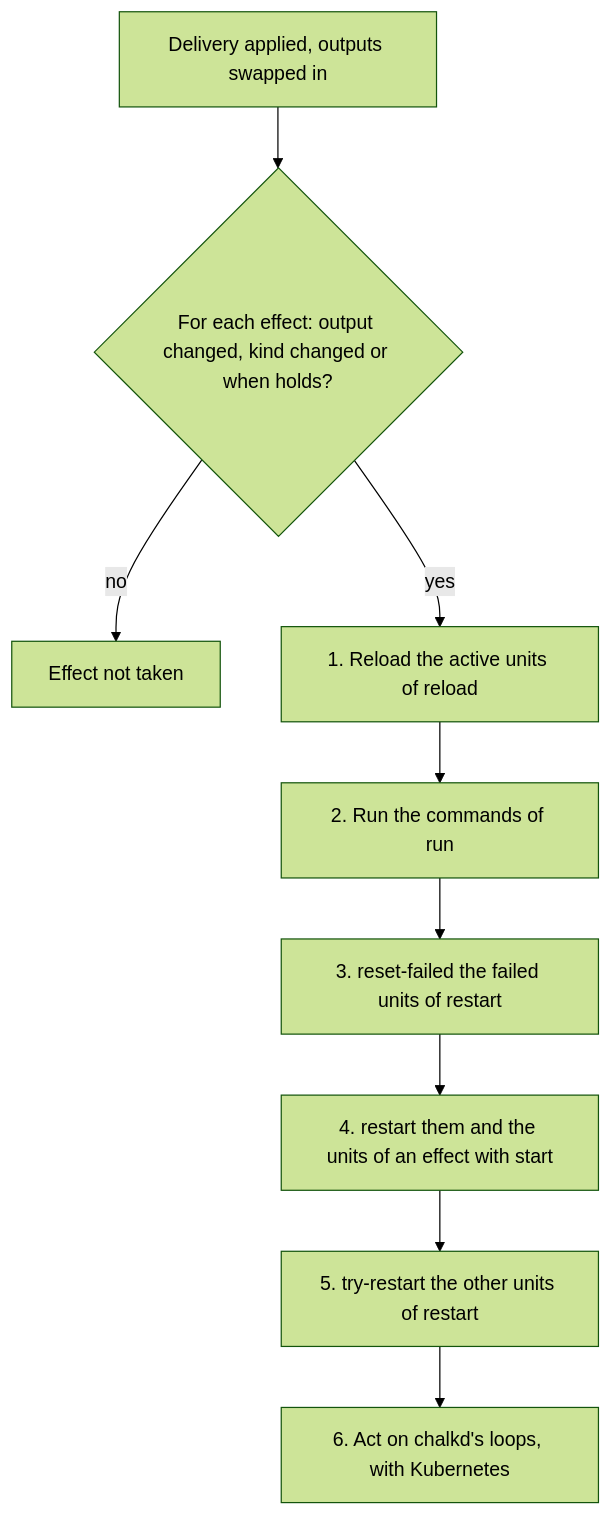
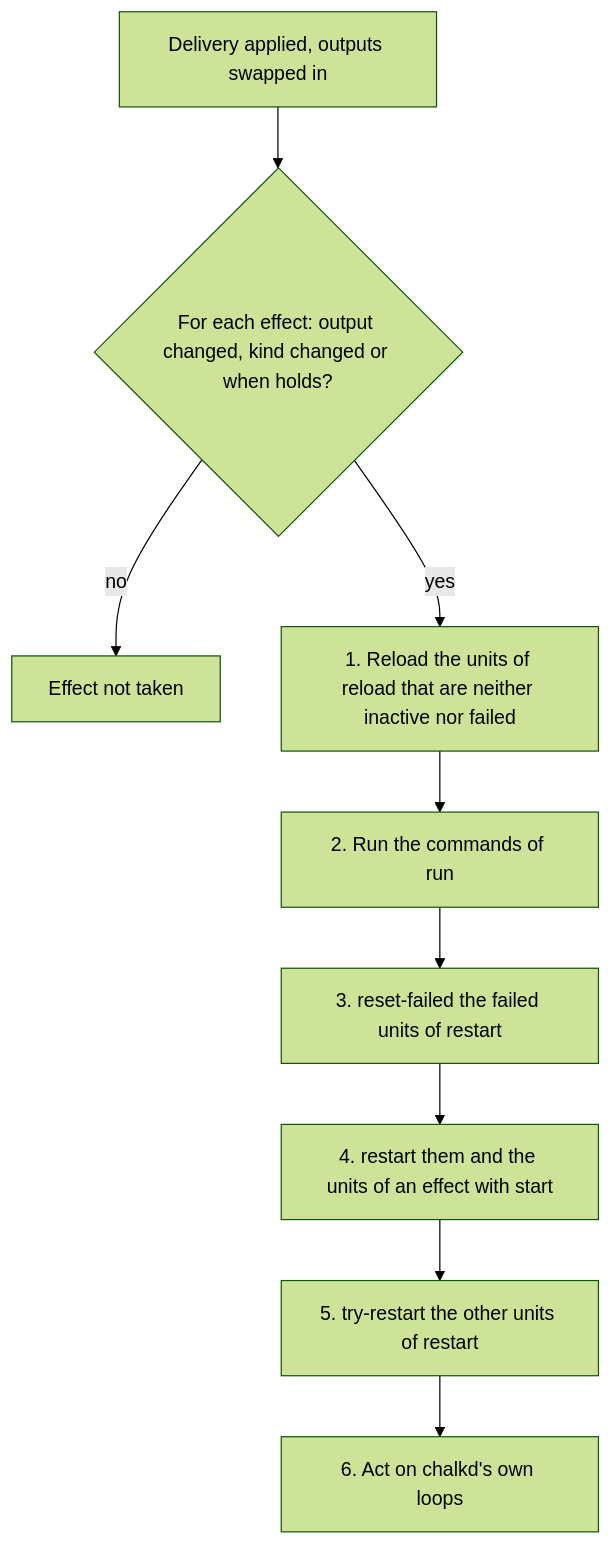
Before and after one commit to trevex/chalkos: the diagram in docs/build/react-to-changes.md, drawn with Mermaid (forest theme). The commit also changed other lines of this file and 19 other files, not shown here.

````diff
--- a/docs/build/react-to-changes.md
+++ b/docs/build/react-to-changes.md
@@ -158,11 +161,11 @@
 ```mermaid
 flowchart TD
     applied["Delivery applied, outputs swapped in"] --> due{"For each effect: output changed, kind changed or when holds?"}
     due -->|no| skip["Effect not taken"]
-    due -->|yes| reload["1. Reload the active units of reload"]
+    due -->|yes| reload["1. Reload the units of reload that are neither inactive nor failed"]
     reload --> run["2. Run the commands of run"]
     run --> failed["3. reset-failed the failed units of restart"]
     failed --> start["4. restart them and the units of an effect with start"]
     start --> try["5. try-restart the other units of restart"]
-    try --> loops["6. Act on chalkd's loops, with Kubernetes"]
+    try --> loops["6. Act on chalkd's own loops"]
 ```
````
